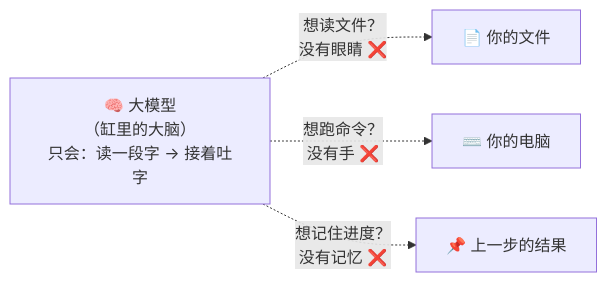
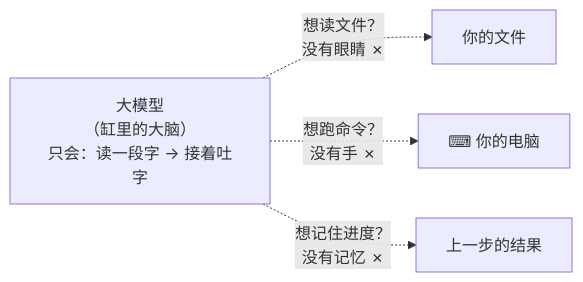
Before and after one commit to luckykhy/KhyAiHub: the first of 7 diagrams in docs/02_CONCEPTS_概念入门/CONCEPT/[CONCEPT-16] 什么是Harness-智能体运行骨架.md, drawn with Mermaid. The commit also changed other lines of this file and 19 other files, not shown here.

````diff
--- a/docs/02_CONCEPTS_概念入门/CONCEPT/[CONCEPT-16] 什么是Harness-智能体运行骨架.md
+++ b/docs/02_CONCEPTS_概念入门/CONCEPT/[CONCEPT-16] 什么是Harness-智能体运行骨架.md
@@ -38,7 +38,7 @@
 ```mermaid
 flowchart LR
-  BRAIN["🧠 大模型<br/>（缸里的大脑）<br/>只会：读一段字 → 接着吐字"]
-  BRAIN -.->|"想读文件？<br/>没有眼睛 ❌"| X1["📄 你的文件"]
-  BRAIN -.->|"想跑命令？<br/>没有手 ❌"| X2["⌨️ 你的电脑"]
-  BRAIN -.->|"想记住进度？<br/>没有记忆 ❌"| X3["📌 上一步的结果"]
+  BRAIN["大模型<br/>（缸里的大脑）<br/>只会：读一段字 → 接着吐字"]
+  BRAIN -.->|"想读文件？<br/>没有眼睛 ✗"| X1["你的文件"]
+  BRAIN -.->|"想跑命令？<br/>没有手 ✗"| X2["⌨ 你的电脑"]
+  BRAIN -.->|"想记住进度？<br/>没有记忆 ✗"| X3["上一步的结果"]
 ```
````
